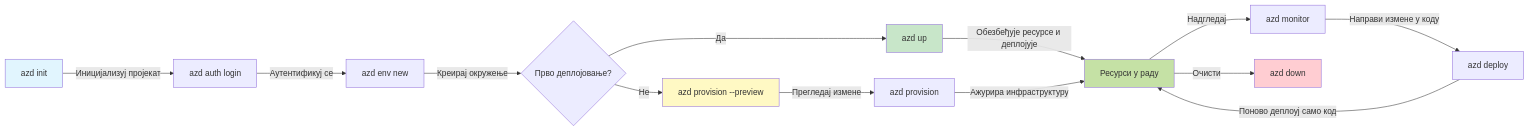
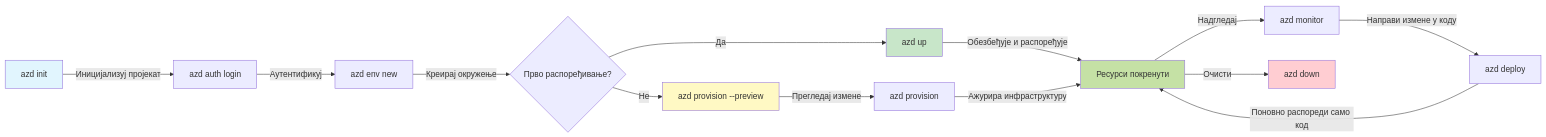
Before and after one commit to microsoft/AZD-for-beginners: the first of 2 diagrams in translations/sr/docs/chapter-01-foundation/azd-basics.md, drawn with Mermaid. The commit also changed other lines of this file and 101 other files, not shown here.

````diff
--- a/translations/sr/docs/chapter-01-foundation/azd-basics.md
+++ b/translations/sr/docs/chapter-01-foundation/azd-basics.md
@@ -269,21 +269,21 @@
 ```mermaid
 graph LR
     A[azd init] -->|Иницијализуј пројекат| B[azd auth login]
-    B -->|Аутентификуј се| C[azd env new]
-    C -->|Креирај окружење| D{Прво деплојовање?}
+    B -->|Аутентификуј| C[azd env new]
+    C -->|Креирај окружење| D{Прво распоређивање?}
     D -->|Да| E[azd up]
     D -->|Не| F[azd provision --preview]
     F -->|Прегледај измене| G[azd provision]
-    E -->|Обезбеђује ресурсе и деплојује| H[Ресурси у раду]
+    E -->|Обезбеђује и распоређује| H[Ресурси покренути]
     G -->|Ажурира инфраструктуру| H
     H -->|Надгледај| I[azd monitor]
     I -->|Направи измене у коду| J[azd deploy]
-    J -->|Поново деплоуј само код| H
+    J -->|Поновно распореди само код| H
     H -->|Очисти| K[azd down]
     
     style A fill:#e1f5fe
     style E fill:#c8e6c9
     style F fill:#fff9c4
     style H fill:#c5e1a5
     style K fill:#ffcdd2
 ```
````
